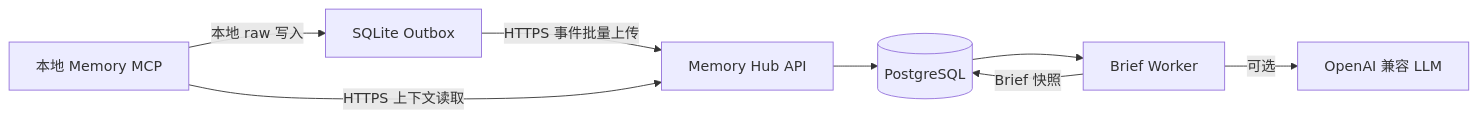
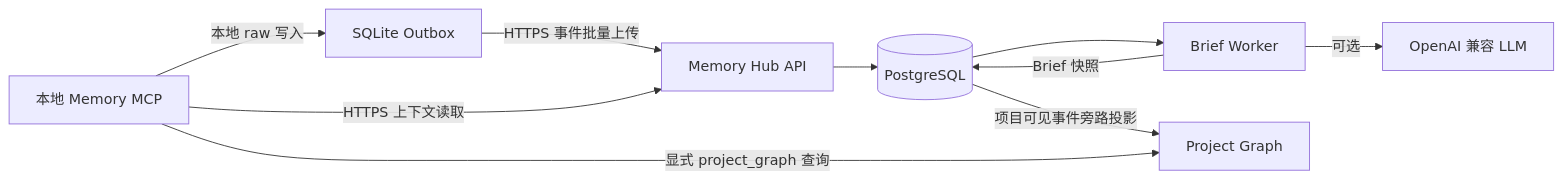
Before and after one commit to yangskin/Memory: the diagram in memory_hub/DESIGN.md, drawn with Mermaid. The commit also changed other lines of this file and 21 other files, not shown here.

First line of the commit message:
feat(graph): Implement Project Graph with deterministic projection and querying

````diff
--- a/memory_hub/DESIGN.md
+++ b/memory_hub/DESIGN.md
@@ -18,17 +18,19 @@
 ```mermaid
 flowchart LR
     MCP[本地 Memory MCP]
     Outbox[SQLite Outbox]
     Hub[Memory Hub API]
     DB[(PostgreSQL)]
     Worker[Brief Worker]
     LLM[OpenAI 兼容 LLM]
 
     MCP -->|本地 raw 写入| Outbox
     Outbox -->|HTTPS 事件批量上传| Hub
     Hub --> DB
     DB --> Worker
     Worker -->|可选| LLM
     Worker -->|Brief 快照| DB
     MCP -->|HTTPS 上下文读取| Hub
+    DB -->|项目可见事件旁路投影| Graph[Project Graph]
+    MCP -->|显式 project_graph 查询| Graph
 ```
````
